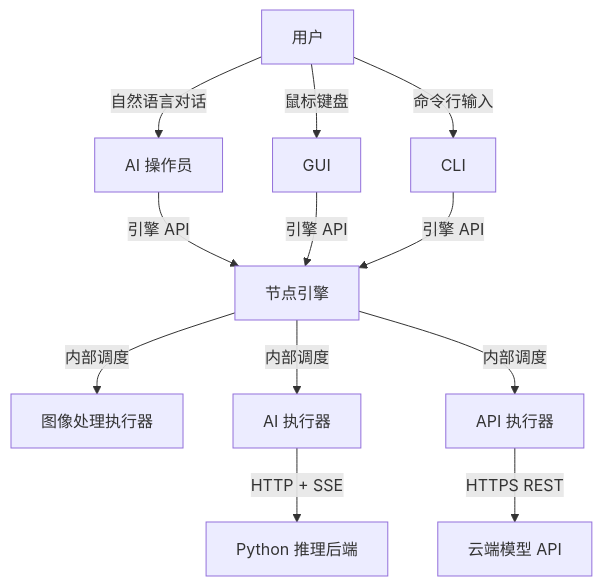
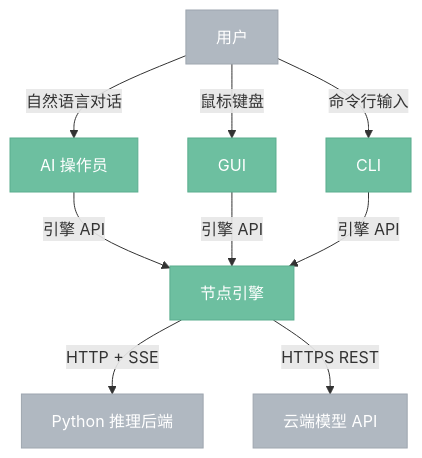
Before and after one commit to aporicho/nodeimg: the diagram in docs/targetv3/000-architecture.md, drawn with Mermaid. The commit also changed other lines of this file and 3 other files, not shown here.

First line of the commit message:
docs(targetv3): mermaid 图形规范 + 全图刷新内部/外部配色

````diff
--- a/docs/targetv3/000-architecture.md
+++ b/docs/targetv3/000-architecture.md
@@ -7,21 +7,20 @@
 ```mermaid
 %%{ init: { 'flowchart': { 'curve': 'basis' } } }%%
 flowchart TB
-    User["用户"]
-    AIOperator["AI 操作员"]
+    classDef internal fill:#6DBFA0,stroke:#5BAD8E,color:#fff
+    classDef external fill:#B0B8C1,stroke:#9EA6AF,color:#fff
+
+    User["用户"]:::external
+    AIOperator["AI 操作员"]:::internal
 
     User -->|"自然语言对话"| AIOperator
-    User -->|"鼠标键盘"| GUI["GUI"]
-    User -->|"命令行输入"| CLI["CLI"]
+    User -->|"鼠标键盘"| GUI["GUI"]:::internal
+    User -->|"命令行输入"| CLI["CLI"]:::internal
 
-    AIOperator -->|"引擎 API"| Engine["节点引擎"]
+    AIOperator -->|"引擎 API"| Engine["节点引擎"]:::internal
     GUI -->|"引擎 API"| Engine
     CLI -->|"引擎 API"| Engine
 
-    Engine -->|"内部调度"| ImageExec["图像处理执行器"]
-    Engine -->|"内部调度"| AIExec["AI 执行器"]
-    Engine -->|"内部调度"| APIExec["API 执行器"]
-
-    AIExec -->|"HTTP + SSE"| Python["Python 推理后端"]
-    APIExec -->|"HTTPS REST"| Cloud["云端模型 API"]
+    Engine -->|"HTTP + SSE"| Python["Python 推理后端"]:::external
+    Engine -->|"HTTPS REST"| Cloud["云端模型 API"]:::external
 ```
````
